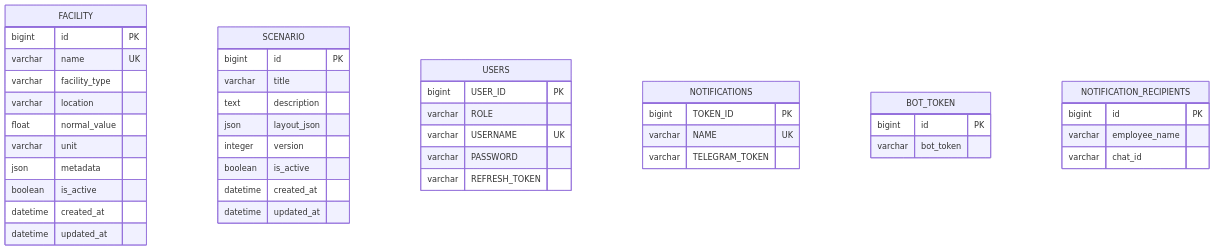
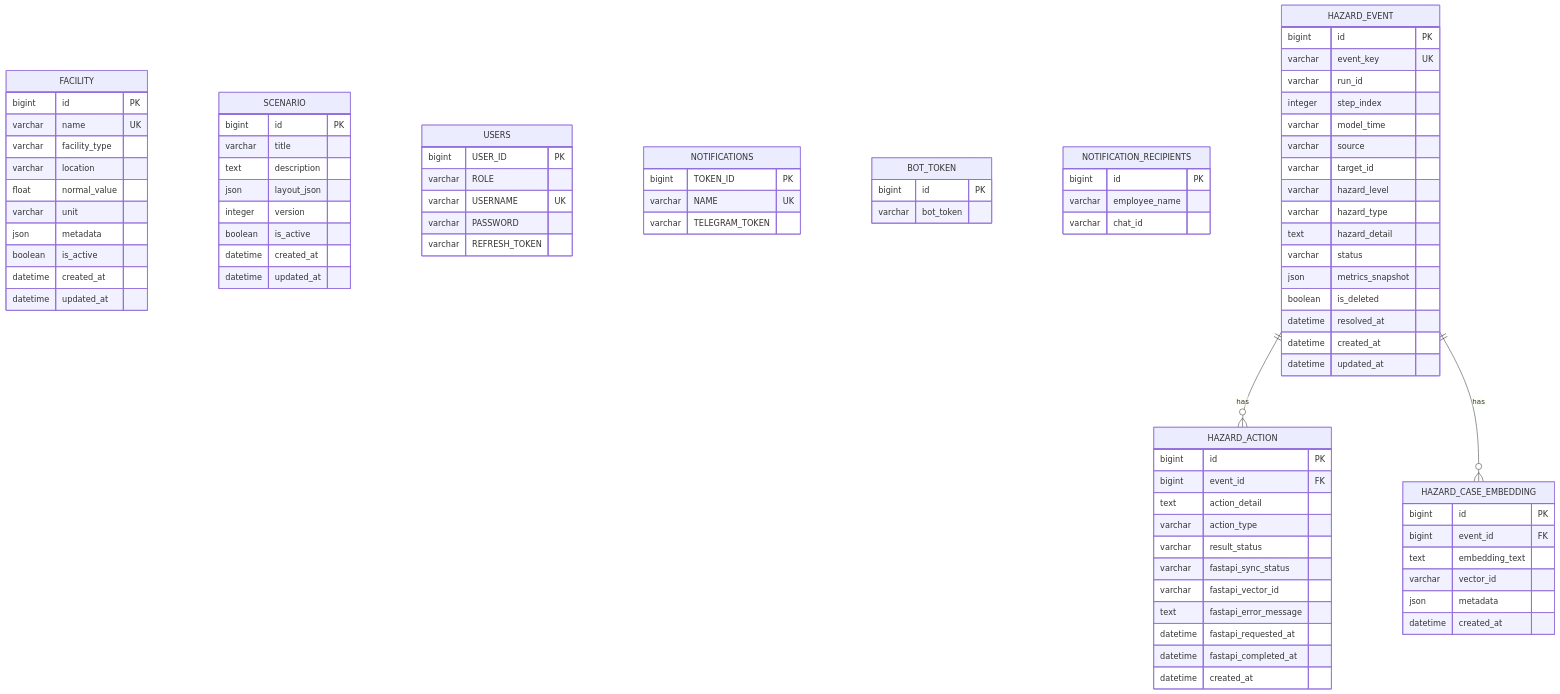
Before and after one commit to SuperMario-Flood-Monitoring/SuperMario_Django: the diagram in backend/docs/db-design.md, drawn with Mermaid. The commit also changed other lines of this file and 22 other files, not shown here.

````diff
--- a/backend/docs/db-design.md
+++ b/backend/docs/db-design.md
@@ -74,4 +74,49 @@
         varchar employee_name
         varchar chat_id
     }
+
+    HAZARD_EVENT {
+        bigint id PK
+        varchar event_key UK
+        varchar run_id
+        integer step_index
+        varchar model_time
+        varchar source
+        varchar target_id
+        varchar hazard_level
+        varchar hazard_type
+        text hazard_detail
+        varchar status
+        json metrics_snapshot
+        boolean is_deleted
+        datetime resolved_at
+        datetime created_at
+        datetime updated_at
+    }
+
+    HAZARD_ACTION {
+        bigint id PK
+        bigint event_id FK
+        text action_detail
+        varchar action_type
+        varchar result_status
+        varchar fastapi_sync_status
+        varchar fastapi_vector_id
+        text fastapi_error_message
+        datetime fastapi_requested_at
+        datetime fastapi_completed_at
+        datetime created_at
+    }
+
+    HAZARD_CASE_EMBEDDING {
+        bigint id PK
+        bigint event_id FK
+        text embedding_text
+        varchar vector_id
+        json metadata
+        datetime created_at
+    }
+
+    HAZARD_EVENT ||--o{ HAZARD_ACTION : has
+    HAZARD_EVENT ||--o{ HAZARD_CASE_EMBEDDING : has
 ```
````
